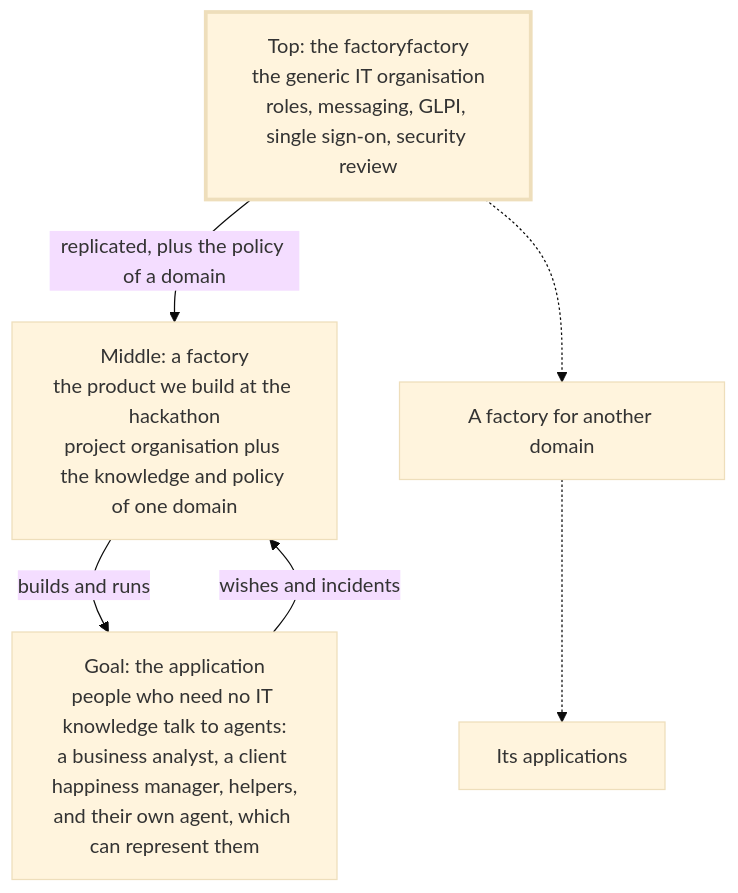
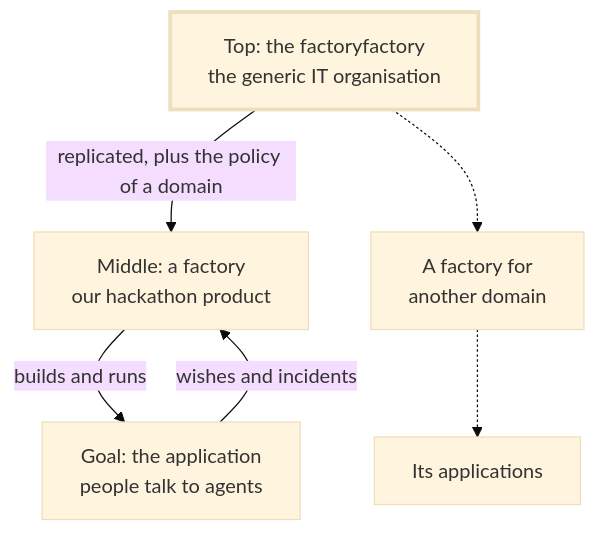
Before and after one commit to bvd/factory-factory-mistral-hackaton: the third of 3 diagrams in README.md, drawn with Mermaid (base theme). The commit also changed other lines of this file, not shown here.

Commit message:
Three layers: shorter labels in the drawing, the detail in the text

````diff
--- a/README.md
+++ b/README.md
@@ -109,17 +109,17 @@
 ```mermaid
 flowchart TB
-  FF["Top: the factoryfactory<br/>the generic IT organisation<br/>roles, messaging, GLPI, single sign-on, security review"]
-  F1["Middle: a factory<br/>the product we build at the hackathon<br/>project organisation plus the knowledge and policy of one domain"]
-  F2["A factory for another domain"]
-  A1["Goal: the application<br/>people who need no IT knowledge talk to agents:<br/>a business analyst, a client happiness manager, helpers,<br/>and their own agent, which can represent them"]
+  FF["Top: the factoryfactory<br/>the generic IT organisation"]
+  F1["Middle: a factory<br/>our hackathon product"]
+  F2["A factory for<br/>another domain"]
+  A1["Goal: the application<br/>people talk to agents"]
   A2["Its applications"]
 
   FF -->|replicated, plus the policy of a domain| F1
   FF -.-> F2
   F1 -->|builds and runs| A1
   A1 -->|wishes and incidents| F1
   F2 -.-> A2
 
   classDef key stroke-width:3px;
   class FF key;
 ```
````
